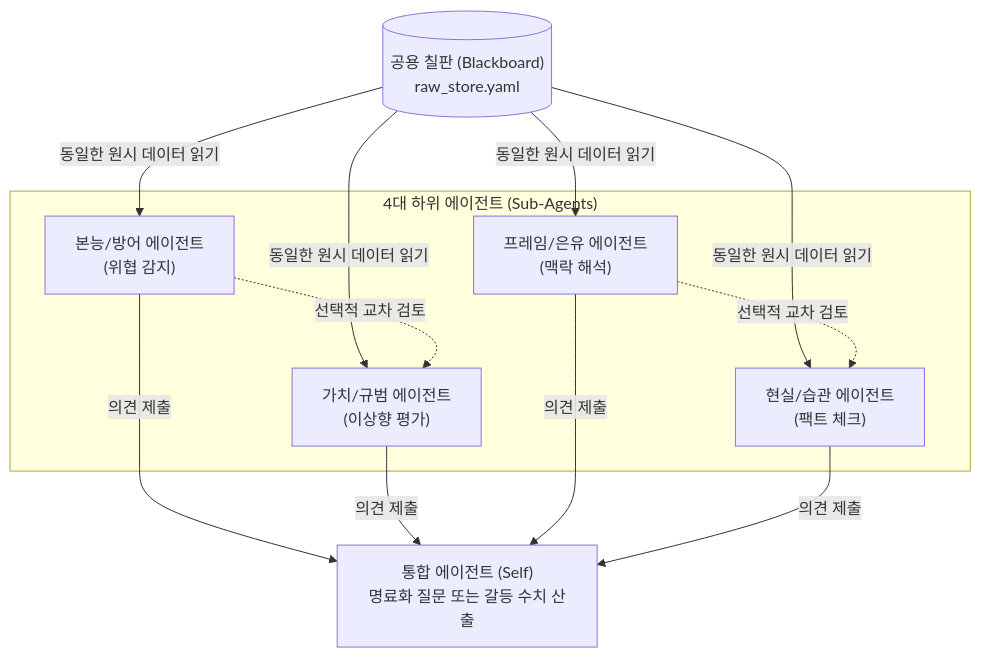
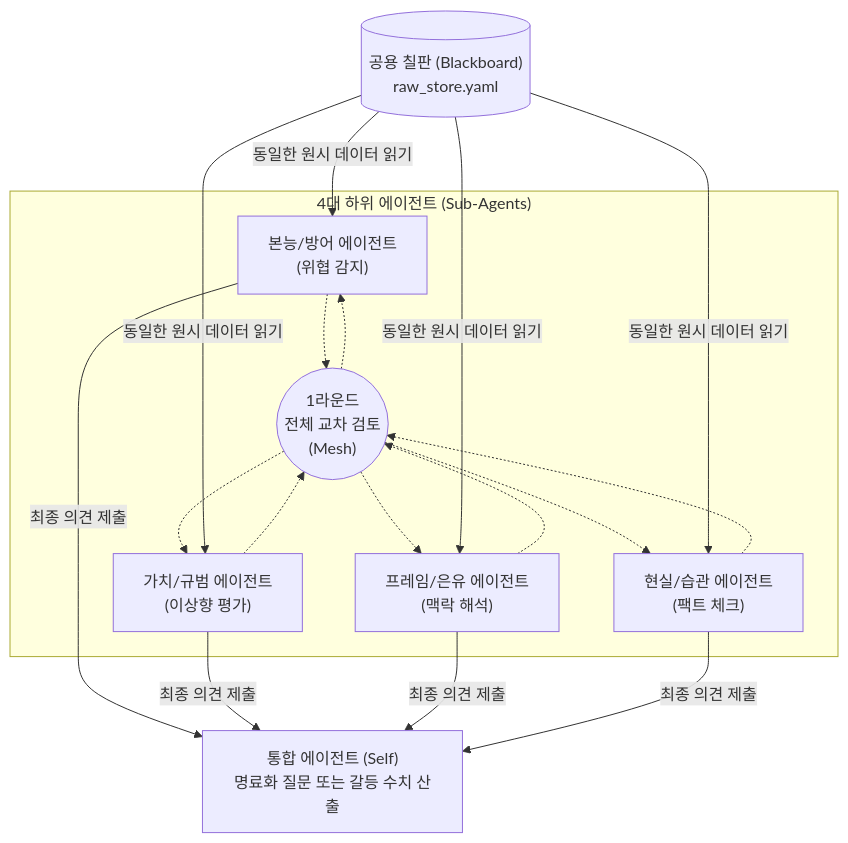
The diagram in 인지 엔진.md (YiTanJang/extracting-the-human-mind), drawn with Mermaid before and after one commit.

Commit message:
fix: 인지 엔진 다이어그램 1라운드 교차 검토를 Mesh 형태로 시각화 수정

````diff
--- a/인지 엔진.md
+++ b/인지 엔진.md
@@ -16,24 +16,28 @@
 ```mermaid
 flowchart TD
     RawStore[("공용 칠판 (Blackboard)<br>raw_store.yaml")]
     
     subgraph SubAgents ["4대 하위 에이전트 (Sub-Agents)"]
         Id["본능/방어 에이전트<br>(위협 감지)"]
         Idealist["가치/규범 에이전트<br>(이상향 평가)"]
         Schema["프레임/은유 에이전트<br>(맥락 해석)"]
         Reality["현실/습관 에이전트<br>(팩트 체크)"]
+        
+        %% 1라운드 매쉬(Mesh) 교차 검토 표현
+        CrossReview(("1라운드<br>전체 교차 검토<br>(Mesh)"))
+        Id -.-> CrossReview -.-> Id
+        Idealist -.-> CrossReview -.-> Idealist
+        Schema -.-> CrossReview -.-> Schema
+        Reality -.-> CrossReview -.-> Reality
     end
     
     RawStore -->|동일한 원시 데이터 읽기| Id
     RawStore -->|동일한 원시 데이터 읽기| Idealist
     RawStore -->|동일한 원시 데이터 읽기| Schema
     RawStore -->|동일한 원시 데이터 읽기| Reality
     
-    Id -.->|선택적 교차 검토| Idealist
-    Schema -.->|선택적 교차 검토| Reality
-    
-    Id -->|의견 제출| Self["통합 에이전트 (Self)<br>명료화 질문 또는 갈등 수치 산출"]
-    Idealist -->|의견 제출| Self
-    Schema -->|의견 제출| Self
-    Reality -->|의견 제출| Self
+    Id -->|최종 의견 제출| Self["통합 에이전트 (Self)<br>명료화 질문 또는 갈등 수치 산출"]
+    Idealist -->|최종 의견 제출| Self
+    Schema -->|최종 의견 제출| Self
+    Reality -->|최종 의견 제출| Self
 ```
````
